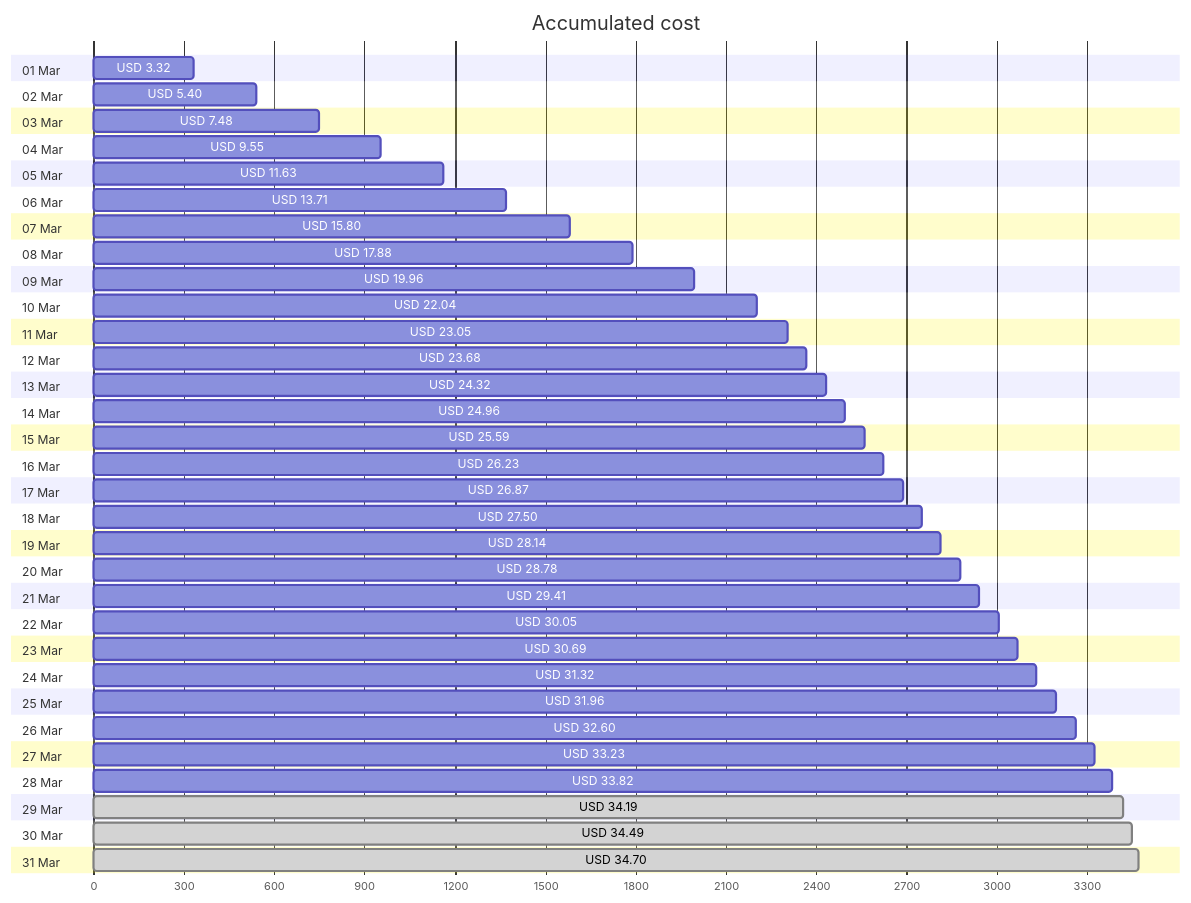
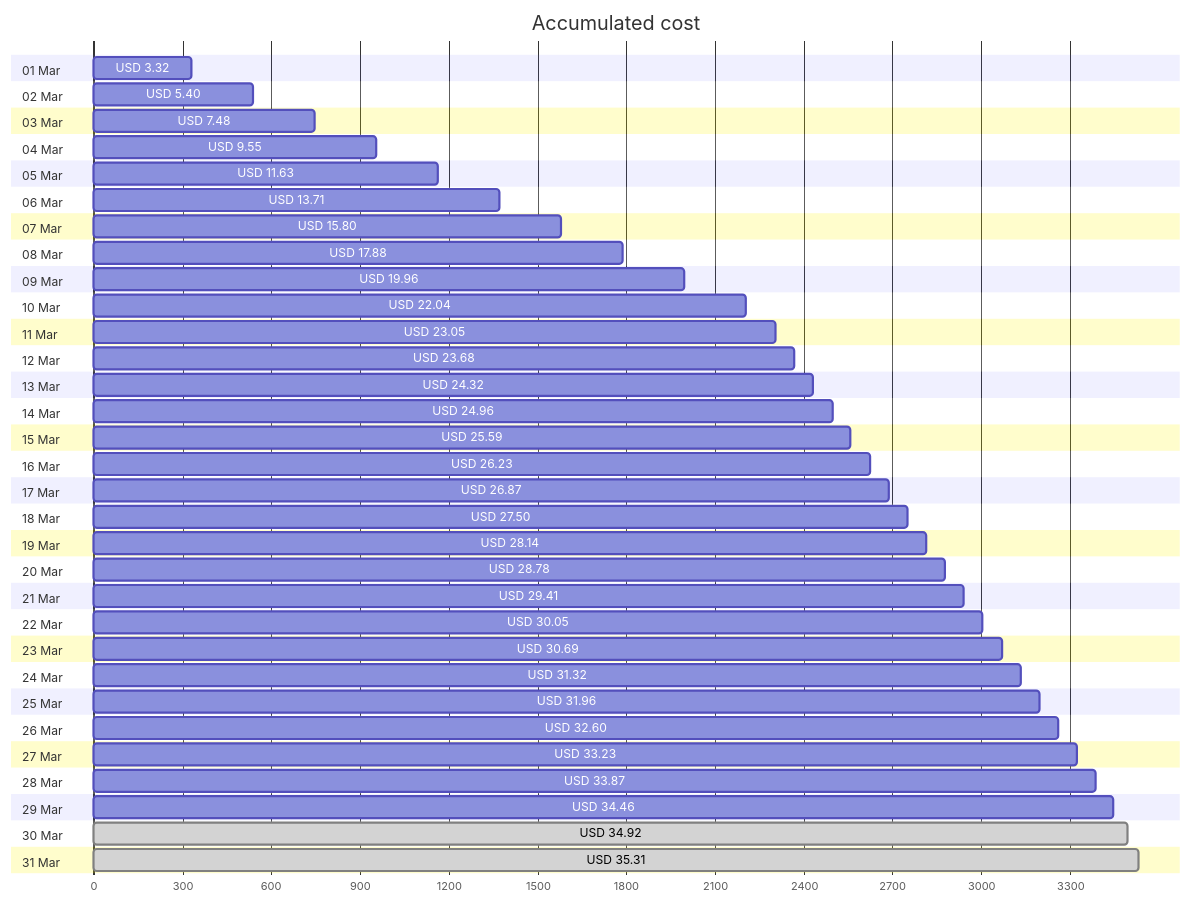
One commit to jpfulton/azure-personal-reports changed the first of 4 diagrams in cost-reports/accumulated-cost.md. Above: the diagram before and after it, drawn with Mermaid. The commit also changed other lines of this file and 4 other files, not shown here.

````diff
--- a/cost-reports/accumulated-cost.md
+++ b/cost-reports/accumulated-cost.md
@@ -20,68 +20,68 @@
 ```mermaid
 gantt
    title Accumulated cost
    dateFormat  X
    axisFormat %s
    section 01 Mar
    USD 3.32 :0, 332
    section 02 Mar
    USD 5.40 :0, 540
    section 03 Mar
    USD 7.48 :0, 748
    section 04 Mar
    USD 9.55 :0, 955
    section 05 Mar
    USD 11.63 :0, 1163
    section 06 Mar
    USD 13.71 :0, 1371
    section 07 Mar
    USD 15.80 :0, 1580
    section 08 Mar
    USD 17.88 :0, 1788
    section 09 Mar
    USD 19.96 :0, 1996
    section 10 Mar
    USD 22.04 :0, 2204
    section 11 Mar
    USD 23.05 :0, 2305
    section 12 Mar
    USD 23.68 :0, 2368
    section 13 Mar
    USD 24.32 :0, 2432
    section 14 Mar
    USD 24.96 :0, 2496
    section 15 Mar
    USD 25.59 :0, 2559
    section 16 Mar
    USD 26.23 :0, 2623
    section 17 Mar
    USD 26.87 :0, 2687
    section 18 Mar
    USD 27.50 :0, 2750
    section 19 Mar
    USD 28.14 :0, 2814
    section 20 Mar
    USD 28.78 :0, 2878
    section 21 Mar
    USD 29.41 :0, 2941
    section 22 Mar
    USD 30.05 :0, 3005
    section 23 Mar
    USD 30.69 :0, 3069
    section 24 Mar
    USD 31.32 :0, 3132
    section 25 Mar
    USD 31.96 :0, 3196
    section 26 Mar
    USD 32.60 :0, 3260
    section 27 Mar
    USD 33.23 :0, 3323
    section 28 Mar
-   USD 33.82 :0, 3382
+   USD 33.87 :0, 3387
    section 29 Mar
-   USD 34.19 : done, 0, 3419
+   USD 34.46 :0, 3446
    section 30 Mar
-   USD 34.49 : done, 0, 3449
+   USD 34.92 : done, 0, 3492
    section 31 Mar
-   USD 34.70 : done, 0, 3470
+   USD 35.31 : done, 0, 3531
 ```
````
